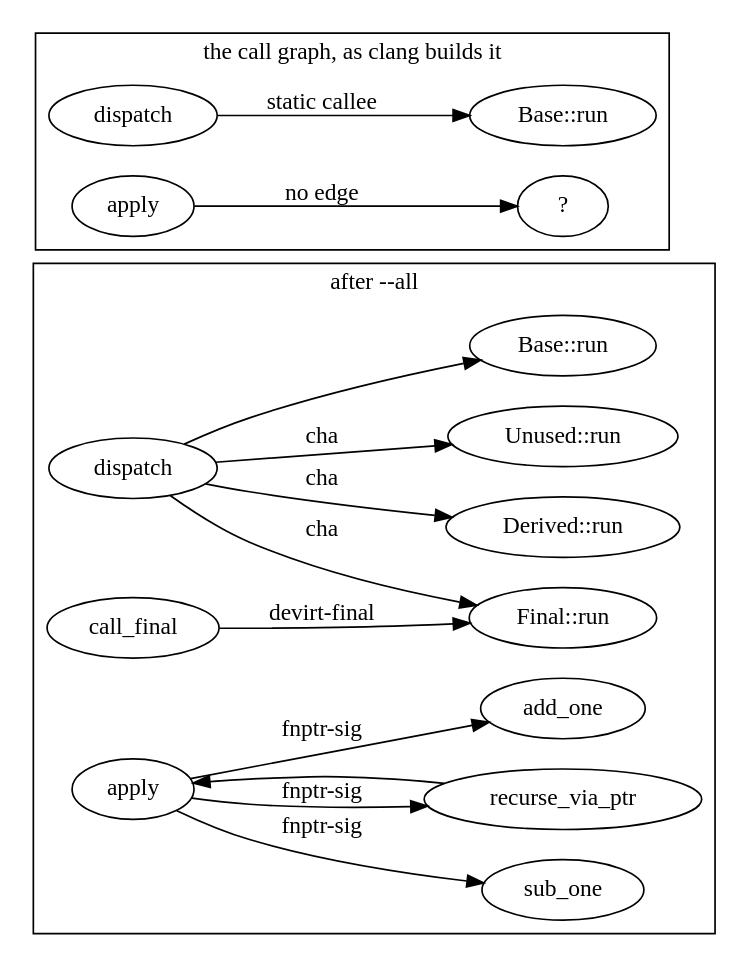
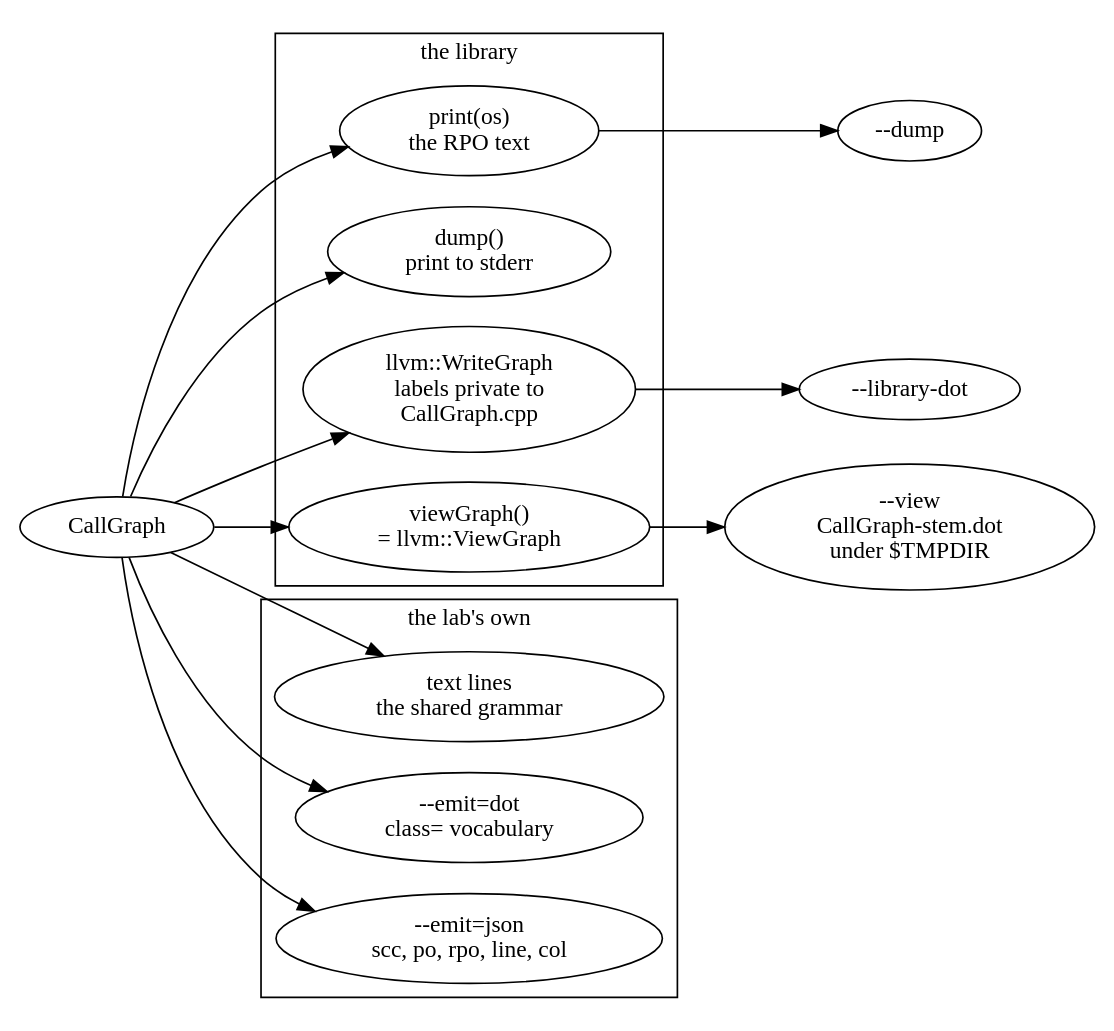
Diagram 12 of 12 in docs/part_8_call_graphs.md (husams/clang-cfg-lab), drawn with Graphviz before and after one commit. The commit also changed other lines of this file and 10 other files, not shown here.

First line of the commit message:
Call graph track: Parts 8-11 with interactive graph views

````diff
--- a/docs/part_8_call_graphs.md
+++ b/docs/part_8_call_graphs.md
@@ -1937,41 +1743,39 @@
 ```dot
-digraph cg_resolve {
+digraph cg_exports {
   rankdir=LR;
 
-  subgraph cluster_after {
-    label="after --all";
+  cg [label="CallGraph", class="api hl"];
+
+  subgraph cluster_lib {
+    label="the library";
     class="group";
-    a_dispatch [label="dispatch"];
-    a_base [label="Base::run"];
-    a_derived [label="Derived::run"];
-    a_final [label="Final::run"];
-    a_unused [label="Unused::run"];
-    a_cf [label="call_final"];
-    a_apply [label="apply", class="recursive"];
-    a_add [label="add_one"];
-    a_sub [label="sub_one"];
-    a_rec [label="recurse_via_ptr", class="recursive"];
-
-    a_dispatch -> a_base [class="virtual"];
-    a_dispatch -> a_derived [label="cha", class="cha"];
-    a_dispatch -> a_final [label="cha", class="cha"];
-    a_dispatch -> a_unused [label="cha", class="cha"];
-    a_cf -> a_final [label="devirt-final", class="hl"];
-    a_apply -> a_add [label="fnptr-sig", class="indirect"];
-    a_apply -> a_sub [label="fnptr-sig", class="indirect"];
-    a_apply -> a_rec [label="fnptr-sig", class="indirect"];
-    a_rec -> a_apply [class="back"];
+    print [label="print(os)\nthe RPO text", class="api"];
+    dump [label="dump()\nprint to stderr", class="api"];
+    wg [label="llvm::WriteGraph\nlabels private to\nCallGraph.cpp", class="api"];
+    vg [label="viewGraph()\n= llvm::ViewGraph", class="api"];
   }
 
-  subgraph cluster_before {
-    label="the call graph, as clang builds it";
+  subgraph cluster_lab {
+    label="the lab's own";
     class="group";
-    b_dispatch [label="dispatch"];
-    b_run [label="Base::run"];
-    b_apply [label="apply"];
-    b_unk [label="?", class="dim"];
-    b_dispatch -> b_run [label="static callee", class="virtual"];
-    b_apply -> b_unk [label="no edge", class="indirect"];
+    text [label="text lines\nthe shared grammar", class="data"];
+    dot [label="--emit=dot\nclass= vocabulary", class="data"];
+    json [label="--emit=json\nscc, po, rpo, line, col", class="data"];
   }
+
+  t_dump [label="--dump", class="data"];
+  t_ldot [label="--library-dot", class="data"];
+  t_view [label="--view\nCallGraph-stem.dot\nunder $TMPDIR", class="data"];
+
+  cg -> print;
+  cg -> dump;
+  cg -> wg;
+  cg -> vg;
+  cg -> text;
+  cg -> dot;
+  cg -> json;
+  print -> t_dump [class="weak"];
+  wg -> t_ldot [class="weak"];
+  vg -> t_view [class="weak"];
 }
 ```
````
